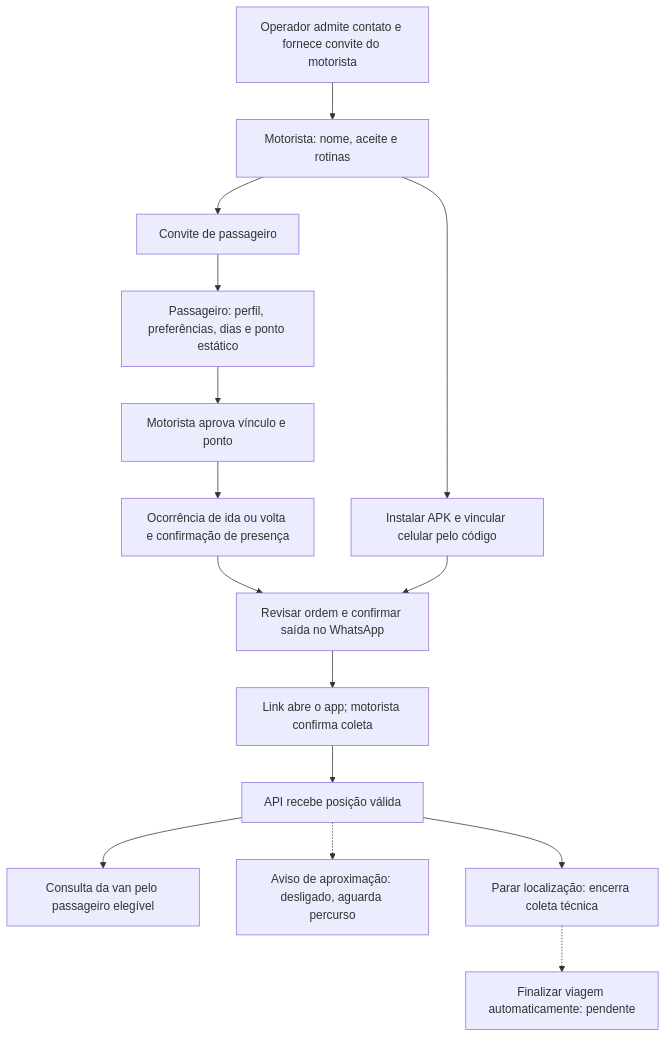
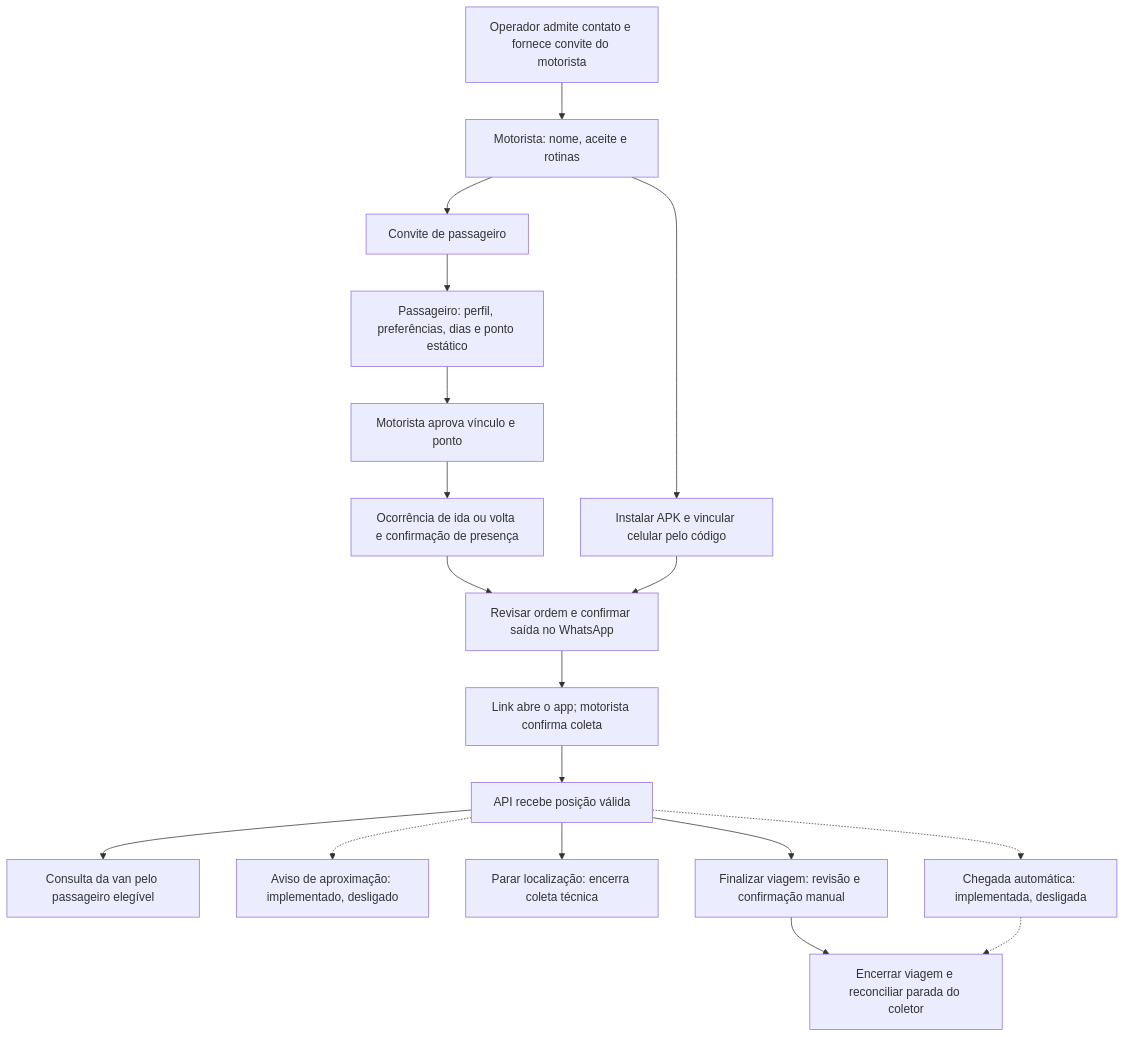
The second of 2 diagrams in docs/02-arquitetura-e-decisoes.md (mathwidu/Vanrides-Projeto-Inovacao), drawn with Mermaid before and after one commit. The commit also changed other lines of this file and 3 other files, not shown here.

````diff
--- a/docs/02-arquitetura-e-decisoes.md
+++ b/docs/02-arquitetura-e-decisoes.md
@@ -55,17 +56,20 @@
 ```mermaid
 flowchart TD
     A[Operador admite contato e fornece convite do motorista] --> B[Motorista: nome, aceite e rotinas]
     B --> C[Convite de passageiro]
     C --> D[Passageiro: perfil, preferências, dias e ponto estático]
     D --> E[Motorista aprova vínculo e ponto]
     E --> F[Ocorrência de ida ou volta e confirmação de presença]
     B --> G[Instalar APK e vincular celular pelo código]
     F --> H[Revisar ordem e confirmar saída no WhatsApp]
     G --> H
     H --> I[Link abre o app; motorista confirma coleta]
     I --> J[API recebe posição válida]
     J --> K[Consulta da van pelo passageiro elegível]
-    J -.-> L[Aviso de aproximação: desligado, aguarda percurso]
+    J -.-> L[Aviso de aproximação: implementado, desligado]
     J --> M[Parar localização: encerra coleta técnica]
-    M -.-> O[Finalizar viagem automaticamente: pendente]
+    J --> O[Finalizar viagem: revisão e confirmação manual]
+    J -.-> P[Chegada automática: implementada, desligada]
+    O --> Q[Encerrar viagem e reconciliar parada do coletor]
+    P -.-> Q
 ```
````
